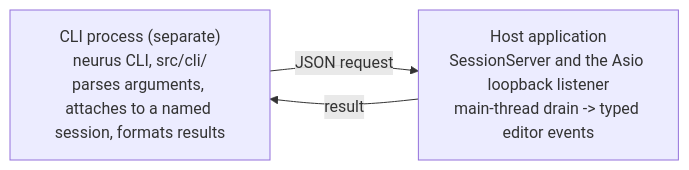
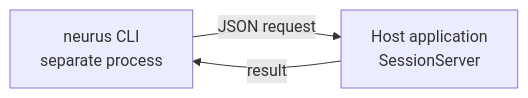
The fifth of 5 diagrams in docs/architecture/overview.md (XDzZyq/Neurus), drawn with Mermaid before and after one commit. The commit also changed other lines of this file and 14 other files, not shown here.

First line of the commit message:
docs(diagrams): cut node labels to two short lines

````diff
--- a/docs/architecture/overview.md
+++ b/docs/architecture/overview.md
@@ -87,8 +87,8 @@
 ```mermaid
 flowchart LR
-    cli["CLI process (separate)<br/>neurus CLI, src/cli/<br/>parses arguments, attaches to a named session, formats results"]
-    host["Host application<br/>SessionServer and the Asio loopback listener<br/>main-thread drain -> typed editor events"]
+    cli["neurus CLI<br/>separate process"]
+    host["Host application<br/>SessionServer"]
 
     cli -->|"JSON request"| host
     host -->|"result"| cli
 ```
````
